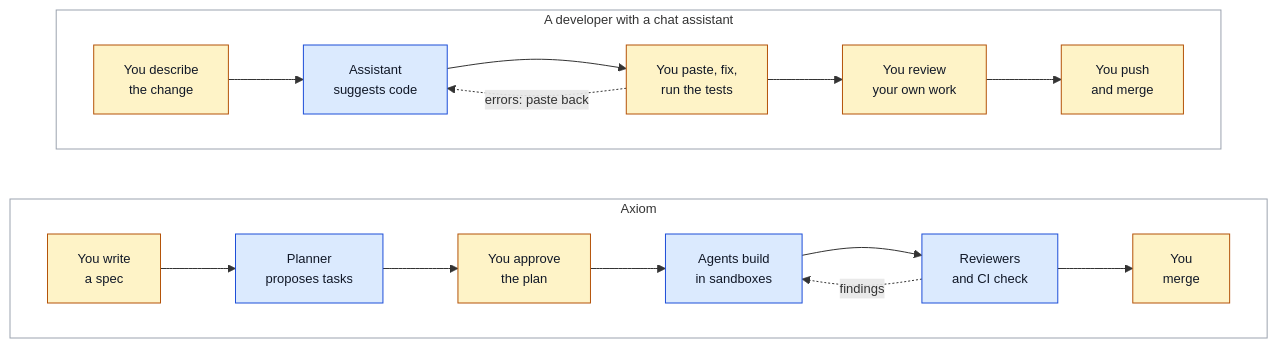
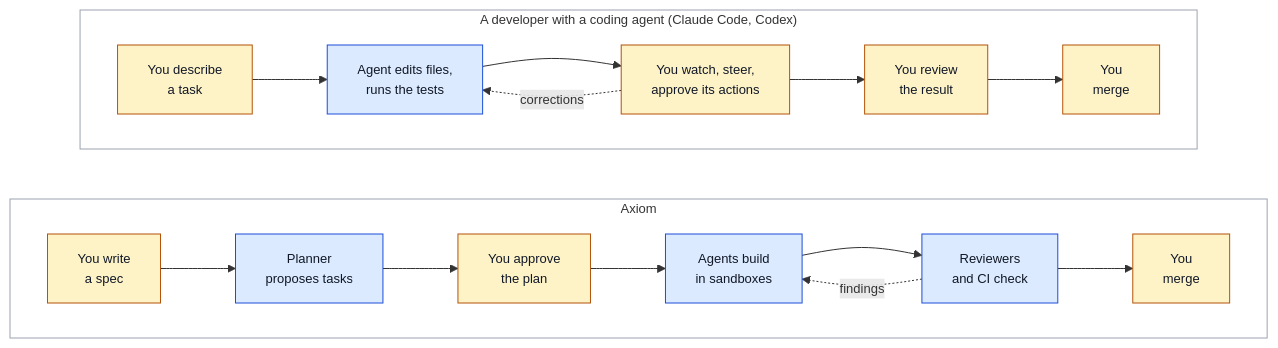
Before and after one commit to bharathcmbox/axiom: the second of 4 diagrams in docs/blog/axiom-learning-ai-engineering-org.md, drawn with Mermaid. The commit also changed other lines of this file, not shown here.

Commit message:
Blog post: compare with coding agents, not chat; the goal beyond code

````diff
--- a/docs/blog/axiom-learning-ai-engineering-org.md
+++ b/docs/blog/axiom-learning-ai-engineering-org.md
@@ -78,21 +81,21 @@
 ```mermaid
 %%{init: {"themeVariables": {"fontSize": "13px"}}}%%
 flowchart TB
-    subgraph chat["A developer with a chat assistant"]
+    subgraph chat["A developer with a coding agent (Claude Code, Codex)"]
         direction LR
-        c1["You describe<br/>the change"] --> c2["Assistant<br/>suggests code"] --> c3["You paste, fix,<br/>run the tests"] --> c4["You review<br/>your own work"] --> c5["You push<br/>and merge"]
-        c3 -.->|"errors: paste back"| c2
+        c1["You describe<br/>a task"] --> c2["Agent edits files,<br/>runs the tests"] --> c3["You watch, steer,<br/>approve its actions"] --> c4["You review<br/>the result"] --> c5["You<br/>merge"]
+        c3 -.->|"corrections"| c2
     end
     subgraph axiom["Axiom"]
         direction LR
         a1["You write<br/>a spec"] --> a2["Planner<br/>proposes tasks"] --> a3["You approve<br/>the plan"] --> a4["Agents build<br/>in sandboxes"] --> a5["Reviewers<br/>and CI check"] --> a6["You<br/>merge"]
         a5 -.->|"findings"| a4
     end
     chat ~~~ axiom
     classDef human fill:#fef3c7,stroke:#b45309,color:#111827
     classDef machine fill:#dbeafe,stroke:#1d4ed8,color:#111827
     class c1,c3,c4,c5,a1,a3,a6 human
     class c2,a2,a4,a5 machine
     style chat fill:#ffffff,stroke:#9ca3af
     style axiom fill:#ffffff,stroke:#9ca3af
 ```
````
